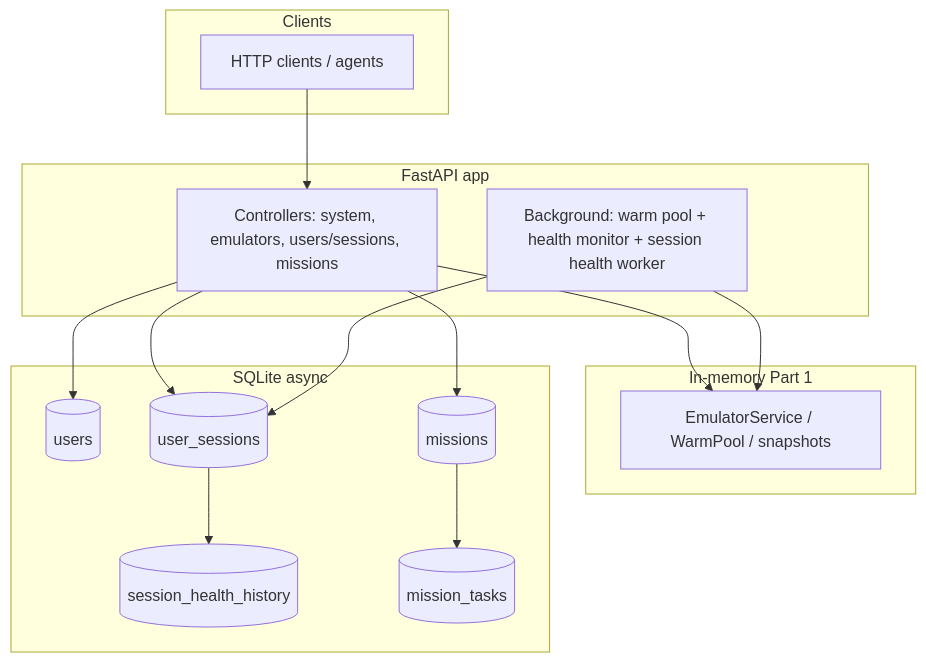
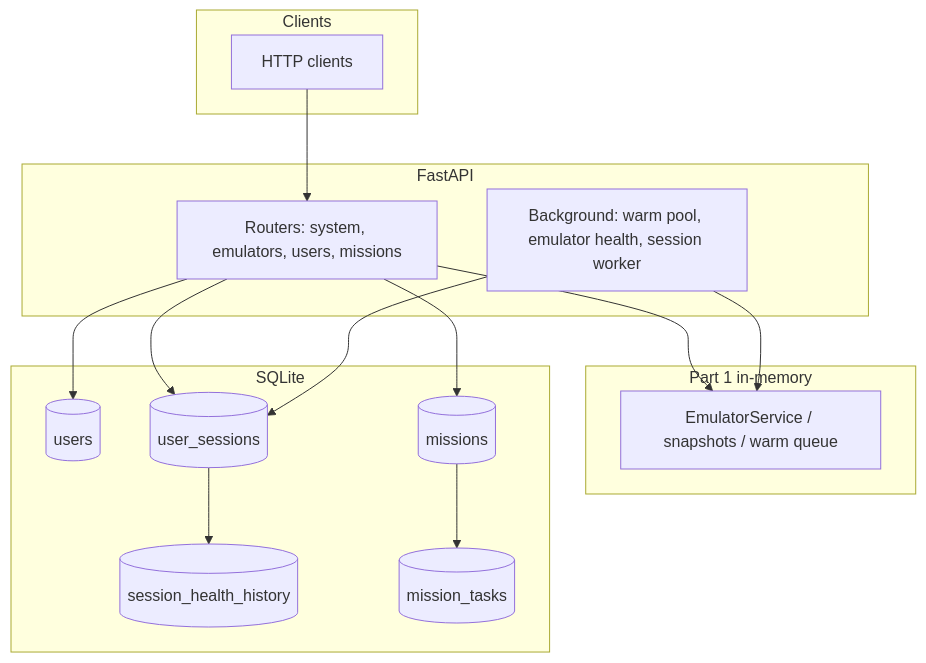
One commit to rrutum42/moboclaw changed the diagram in docs/README.md. Above: the diagram before and after it, drawn with Mermaid. The commit also changed other lines of this file and 6 other files, not shown here.

````diff
--- a/docs/README.md
+++ b/docs/README.md
@@ -27,33 +44,33 @@
 ```mermaid
 flowchart TB
-    subgraph clients["Clients"]
-        C[HTTP clients / agents]
+    subgraph clients [Clients]
+        C[HTTP clients]
     end
 
-    subgraph api["FastAPI app"]
-        R[Controllers: system, emulators, users/sessions, missions]
-        BG[Background: warm pool + health monitor + session health worker]
+    subgraph api [FastAPI]
+        R[Routers: system, emulators, users, missions]
+        BG[Background: warm pool, emulator health, session worker]
     end
 
-    subgraph mem["In-memory Part 1"]
-        EP[EmulatorService / WarmPool / snapshots]
+    subgraph mem [Part 1 in-memory]
+        EP[EmulatorService / snapshots / warm queue]
     end
 
-    subgraph db["SQLite async"]
+    subgraph db [SQLite]
         U[(users)]
         US[(user_sessions)]
         SH[(session_health_history)]
         M[(missions)]
         MT[(mission_tasks)]
     end
 
     C --> R
     R --> EP
     R --> U
     R --> US
     R --> M
     US --> SH
     M --> MT
     BG --> EP
     BG --> US
 ```
````
